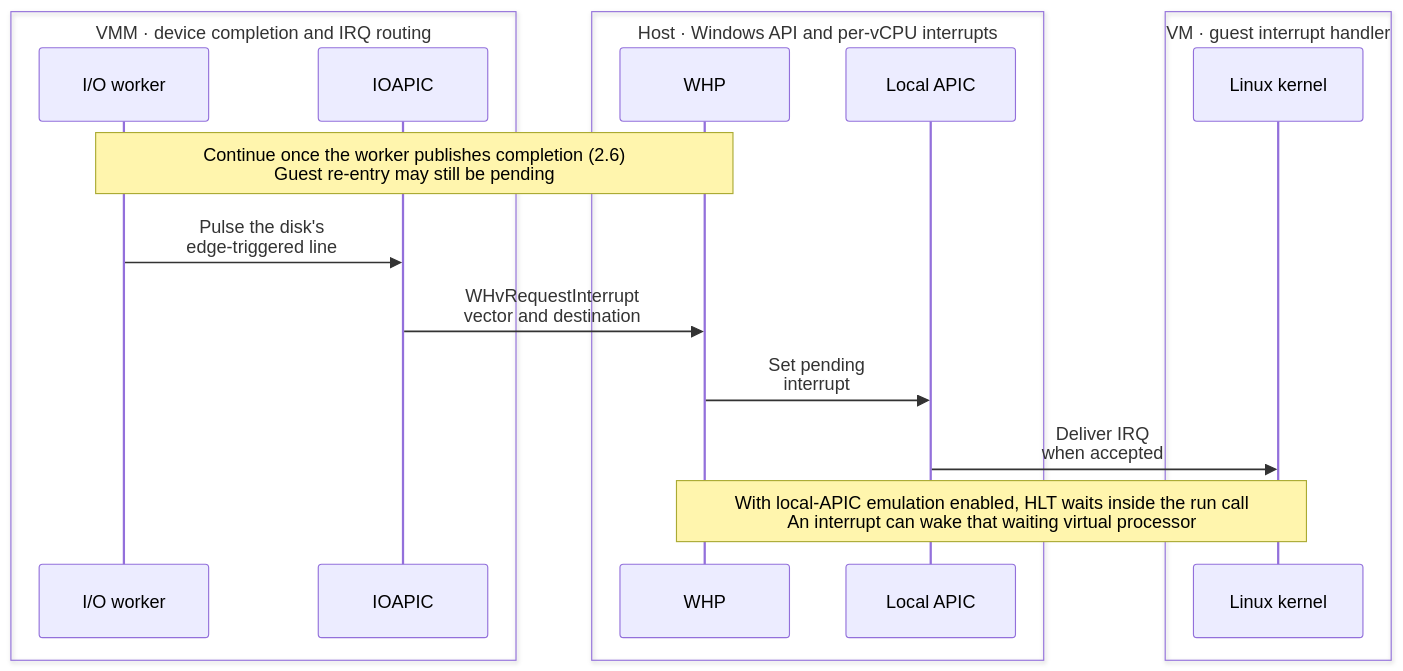
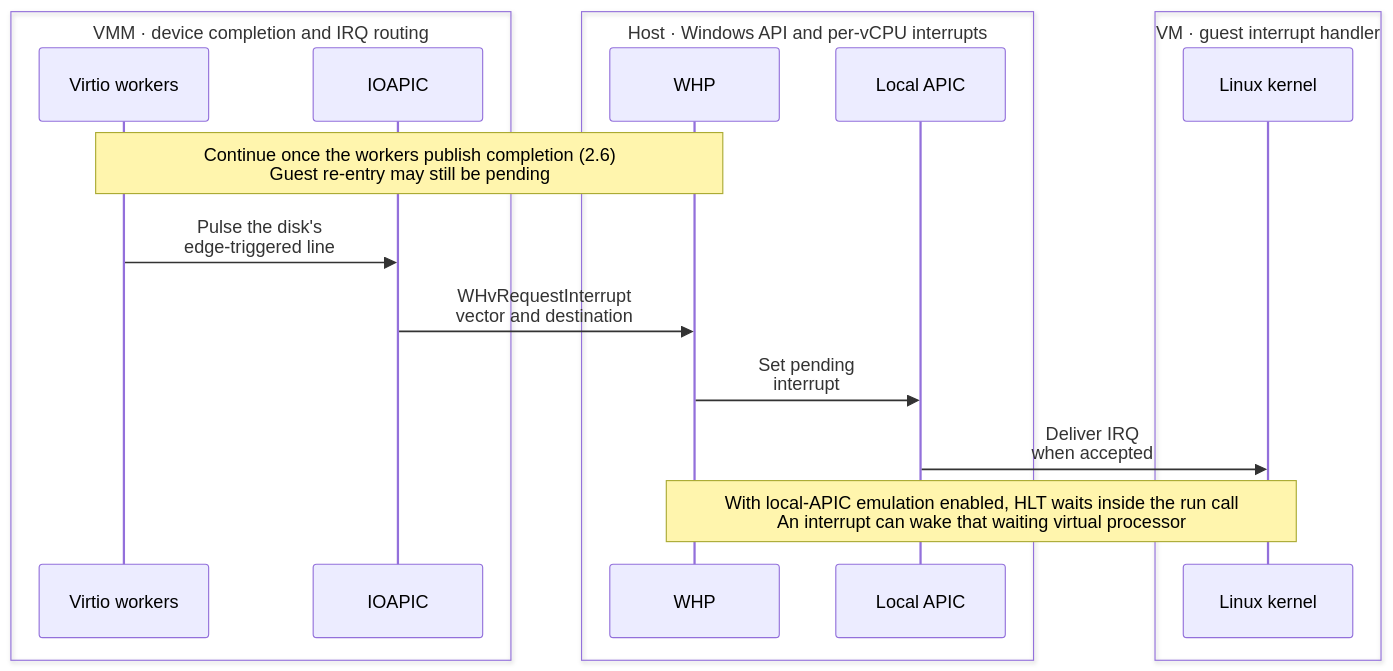
The eighth of 12 diagrams in docs/contributing/architecture/vmm/whp.md (boxlite-ai/boxlite), drawn with Mermaid before and after one commit. The commit also changed other lines of this file and 21 other files, not shown here.

First line of the commit message:
feat(vmm): add the virtio workers

````diff
--- a/docs/contributing/architecture/vmm/whp.md
+++ b/docs/contributing/architecture/vmm/whp.md
@@ -242,24 +242,24 @@
 ```mermaid
 sequenceDiagram
   box VMM · device completion and IRQ routing
-    participant worker as I/O worker
+    participant worker as Virtio workers
     participant ioapic as IOAPIC
   end
   box Host · Windows API and per-vCPU interrupts
     participant host_api as WHP
     participant lapic as Local APIC
   end
   box VM · guest interrupt handler
     participant kernel as Linux kernel
   end
-  Note over worker,host_api: Continue once the worker publishes completion (2.6)<br/>Guest re-entry may still be pending
+  Note over worker,host_api: Continue once the workers publish completion (2.6)<br/>Guest re-entry may still be pending
   %% edge:whp_9_e1
   worker->>ioapic: Pulse the disk's<br/>edge-triggered line
   %% edge:whp_9_e2
   ioapic->>host_api: WHvRequestInterrupt<br/>vector and destination
   %% edge:whp_9_e3
   host_api->>lapic: Set pending<br/>interrupt
   %% edge:whp_9_e4
   lapic->>kernel: Deliver IRQ<br/>when accepted
   Note over host_api,kernel: With local-APIC emulation enabled, HLT waits inside the run call<br/>An interrupt can wake that waiting virtual processor
 ```
````
